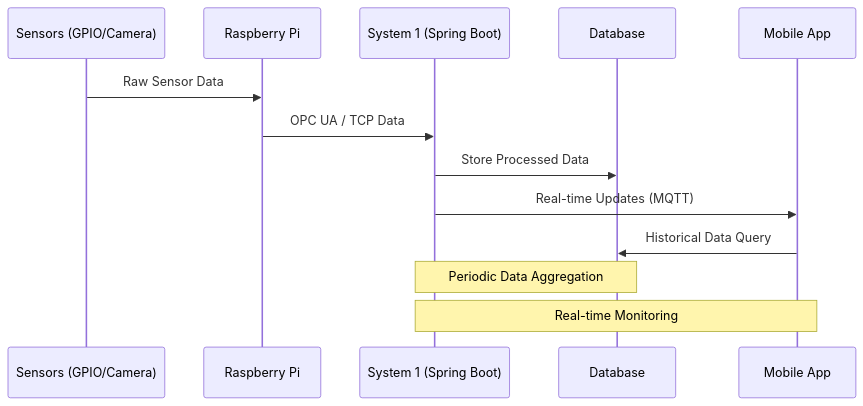
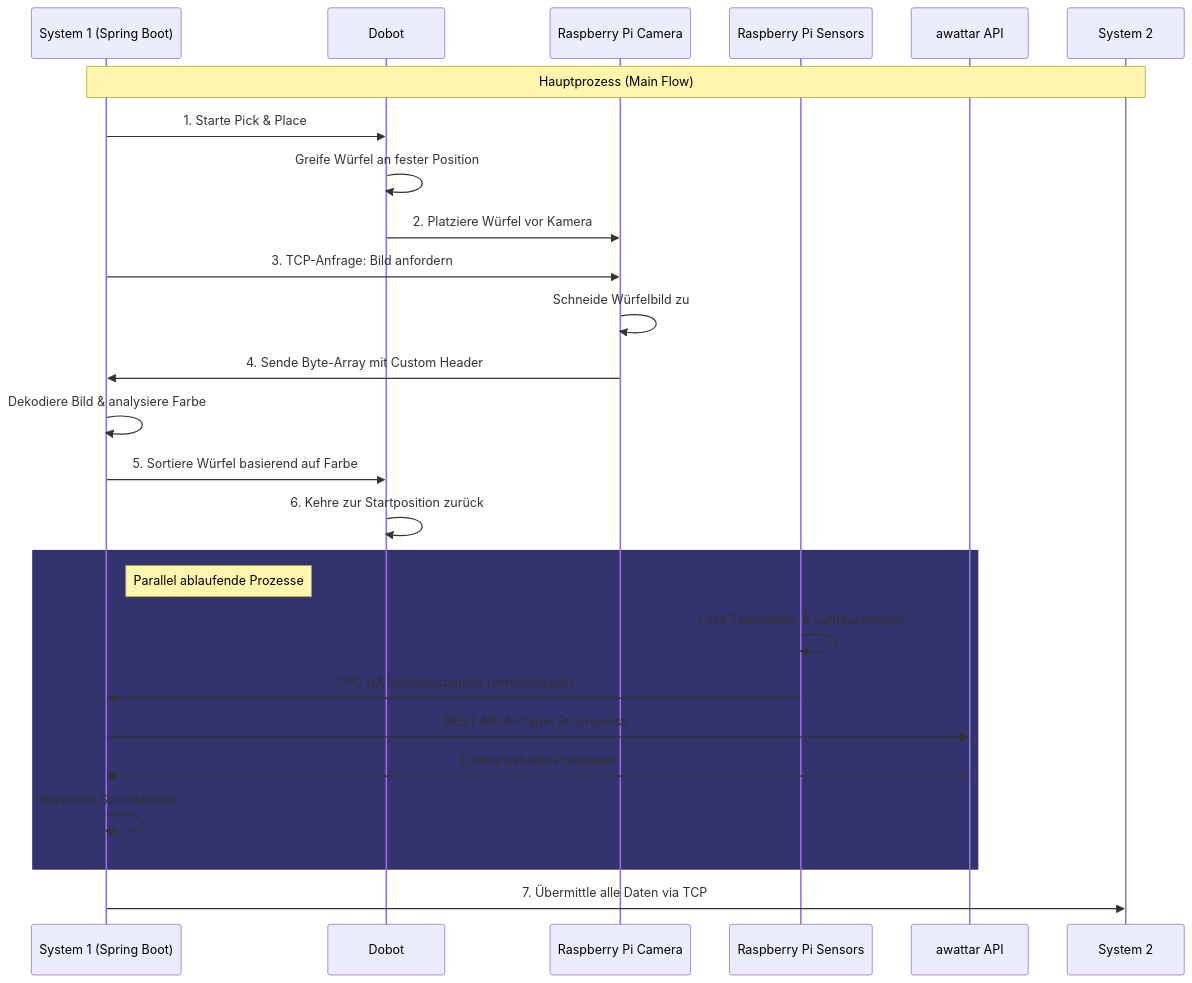
One commit to MEscape/die-macher changed the first of 2 diagrams in docs/03_Datenfluss_und_Kommunikation.md. Above: the diagram before and after it, drawn with Mermaid. The commit also changed other lines of this file and 9 other files, not shown here.

````diff
--- a/docs/03_Datenfluss_und_Kommunikation.md
+++ b/docs/03_Datenfluss_und_Kommunikation.md
@@ -12,17 +12,32 @@
 ```mermaid
 sequenceDiagram
-    participant S as Sensors (GPIO/Camera)
-    participant R as Raspberry Pi
-    participant S1 as System 1 (Spring Boot)
-    participant DB as Database
-    participant App as Mobile App
+    participant SB as System 1 (Spring Boot)
+    participant DB as Dobot
+    participant RPI_C as Raspberry Pi Camera
+    participant RPI_S as Raspberry Pi Sensors
+    participant AW as awattar API
+    participant S2 as System 2
+
+    Note over SB,S2: Hauptprozess (Main Flow)
     
-    S->>R: Raw Sensor Data
-    R->>S1: OPC UA / TCP Data
-    S1->>DB: Store Processed Data
-    S1->>App: Real-time Updates (MQTT)
-    App->>DB: Historical Data Query
-    
-    Note over S1,DB: Periodic Data Aggregation
-    Note over S1,App: Real-time Monitoring
+    SB->>DB: 1. Starte Pick & Place
+    DB->>DB: Greife Würfel an fester Position
+    DB->>RPI_C: 2. Platziere Würfel vor Kamera
+    SB->>RPI_C: 3. TCP-Anfrage: Bild anfordern
+    RPI_C->>RPI_C: Schneide Würfelbild zu
+    RPI_C->>SB: 4. Sende Byte-Array mit Custom Header
+    SB->>SB: Dekodiere Bild & analysiere Farbe
+    SB->>DB: 5. Sortiere Würfel basierend auf Farbe
+    DB->>DB: 6. Kehre zur Startposition zurück
+
+    rect rgb(51, 51, 109)
+    Note right of SB: Parallel ablaufende Prozesse
+    RPI_S->>RPI_S: Lese Temperatur & Luftfeuchtigkeit
+    RPI_S->>SB: OPC UA Datenaustausch (verschlüsselt)
+    SB->>AW: REST API Anfrage: Strompreise
+    AW->>SB: Liefere aktuelle Preisdaten
+    SB->>SB: Berechne Stromkosten
+    end
+
+    SB->>S2: 7. Übermittle alle Daten via TCP
 ```
````
